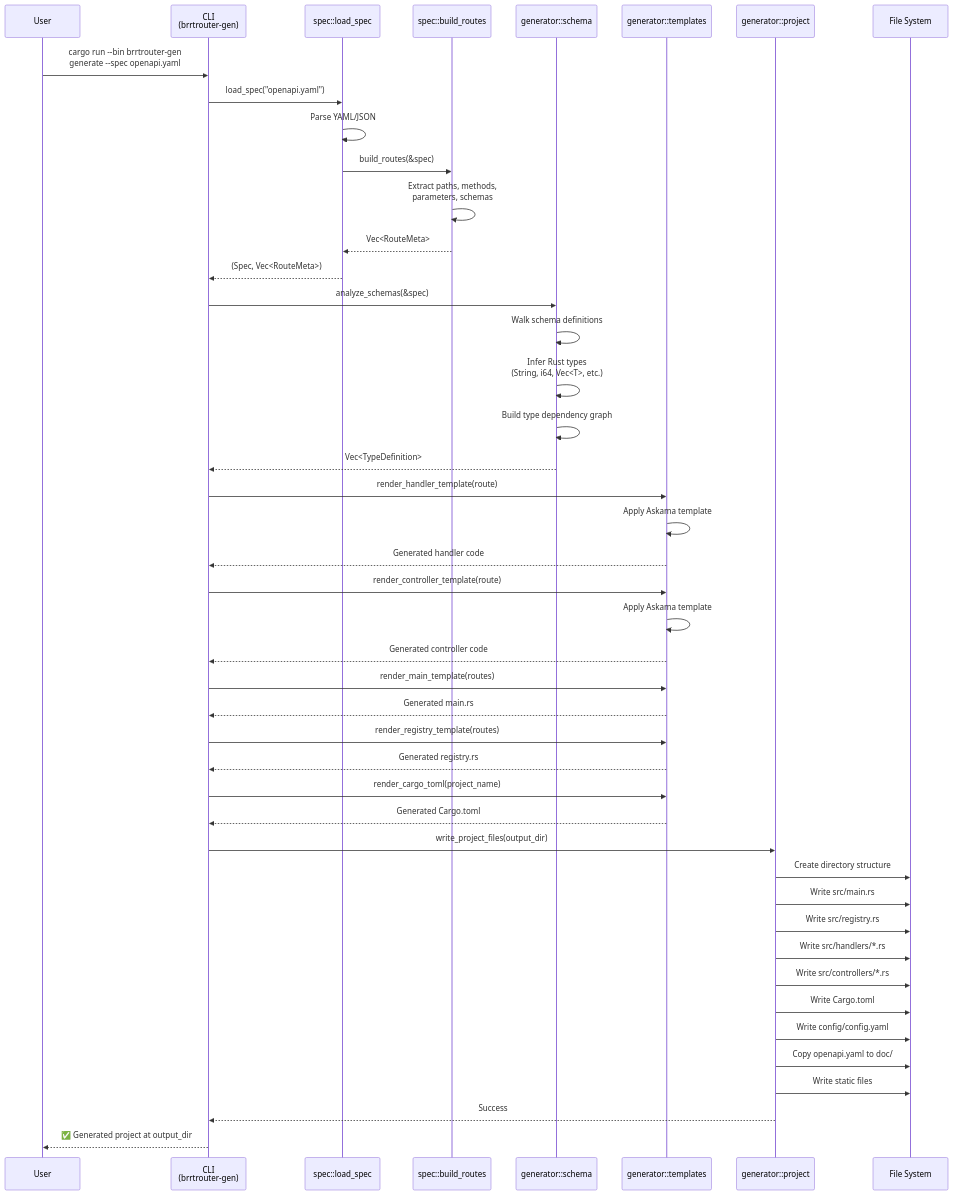
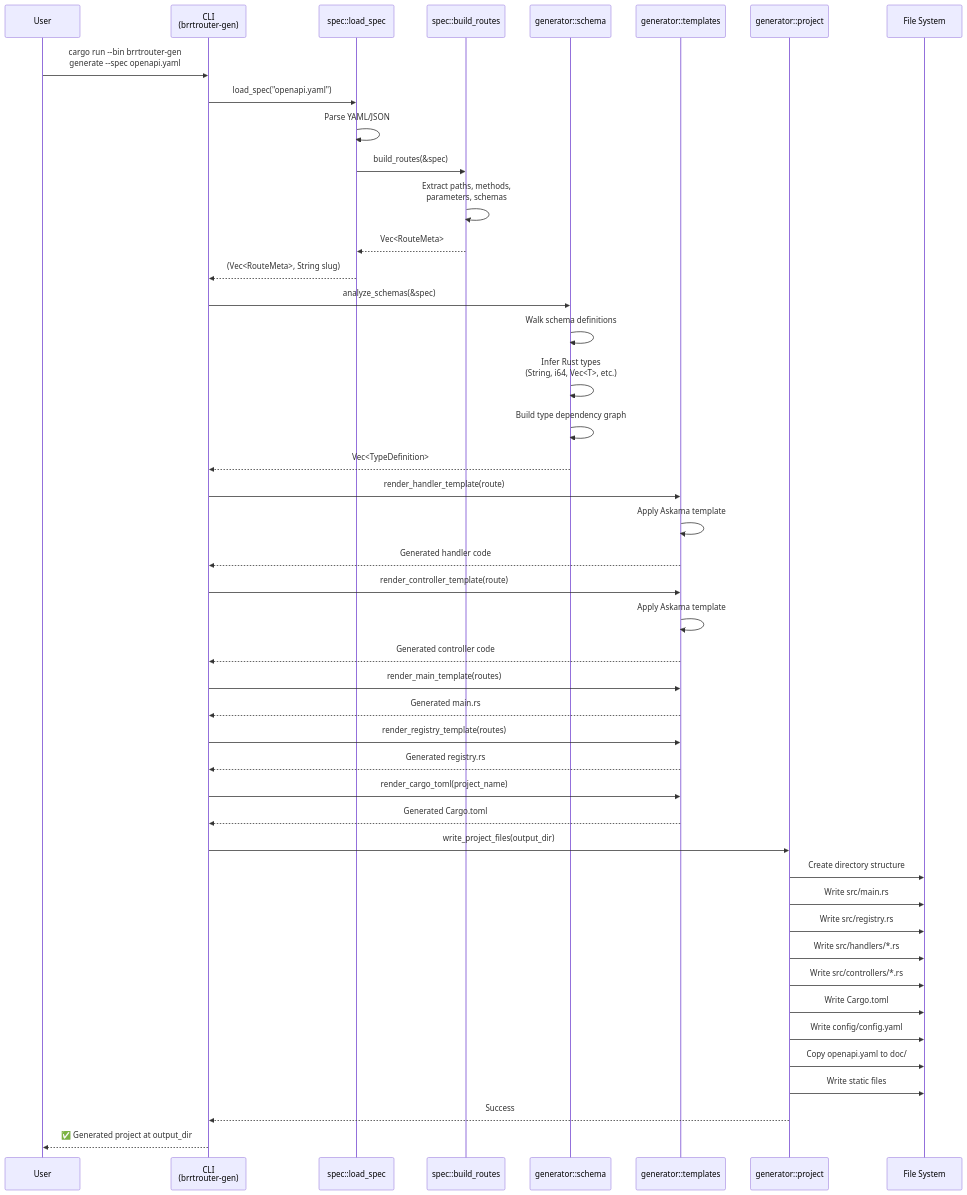
The first of 3 diagrams in docs/ARCHITECTURE.md (microscaler/BRRTRouter), drawn with Mermaid before and after one commit. The commit also changed other lines of this file and 6 other files, not shown here.

````diff
--- a/docs/ARCHITECTURE.md
+++ b/docs/ARCHITECTURE.md
@@ -25,56 +25,56 @@
 ```mermaid
 sequenceDiagram
     participant User
     participant CLI as CLI<br/>(brrtrouter-gen)
     participant Spec as spec::load_spec
     participant Build as spec::build_routes
     participant Schema as generator::schema
     participant Templates as generator::templates
     participant Project as generator::project
     participant FS as File System
 
     User->>CLI: cargo run --bin brrtrouter-gen<br/>generate --spec openapi.yaml
     CLI->>Spec: load_spec("openapi.yaml")
     Spec->>Spec: Parse YAML/JSON
     Spec->>Build: build_routes(&spec)
     Build->>Build: Extract paths, methods,<br/>parameters, schemas
     Build-->>Spec: Vec<RouteMeta>
-    Spec-->>CLI: (Spec, Vec<RouteMeta>)
+    Spec-->>CLI: (Vec<RouteMeta>, String slug)
     
     CLI->>Schema: analyze_schemas(&spec)
     Schema->>Schema: Walk schema definitions
     Schema->>Schema: Infer Rust types<br/>(String, i64, Vec<T>, etc.)
     Schema->>Schema: Build type dependency graph
     Schema-->>CLI: Vec<TypeDefinition>
     
     CLI->>Templates: render_handler_template(route)
     Templates->>Templates: Apply Askama template
     Templates-->>CLI: Generated handler code
     
     CLI->>Templates: render_controller_template(route)
     Templates->>Templates: Apply Askama template
     Templates-->>CLI: Generated controller code
     
     CLI->>Templates: render_main_template(routes)
     Templates-->>CLI: Generated main.rs
     
     CLI->>Templates: render_registry_template(routes)
     Templates-->>CLI: Generated registry.rs
     
     CLI->>Templates: render_cargo_toml(project_name)
     Templates-->>CLI: Generated Cargo.toml
     
     CLI->>Project: write_project_files(output_dir)
     Project->>FS: Create directory structure
     Project->>FS: Write src/main.rs
     Project->>FS: Write src/registry.rs
     Project->>FS: Write src/handlers/*.rs
     Project->>FS: Write src/controllers/*.rs
     Project->>FS: Write Cargo.toml
     Project->>FS: Write config/config.yaml
     Project->>FS: Copy openapi.yaml to doc/
     Project->>FS: Write static files
     Project-->>CLI: Success
     
     CLI-->>User: ✅ Generated project at output_dir
 ```
````
